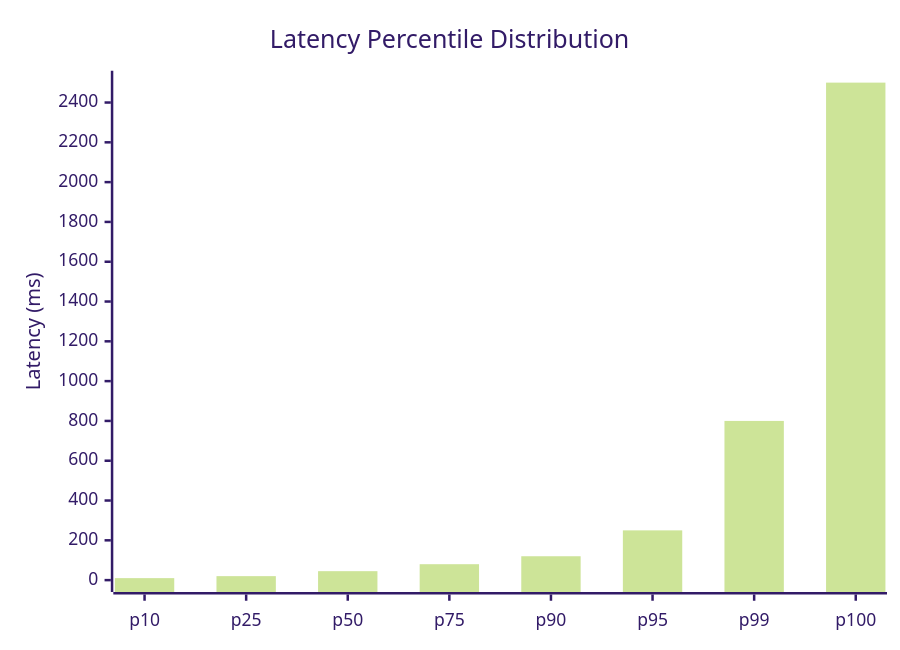
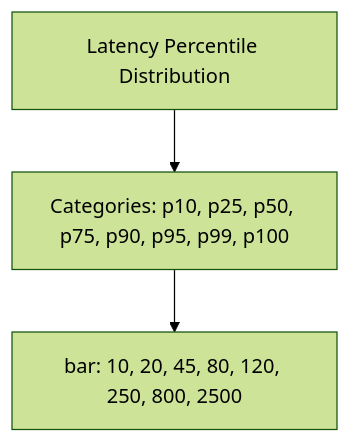
The second of 10 diagrams in 01-fundamentals/04-latency-vs-throughput.md (shivaram0583/system-design), drawn with Mermaid (forest theme) before and after one commit. The commit also changed other lines of this file and 64 other files, not shown here.

````diff
--- a/01-fundamentals/04-latency-vs-throughput.md
+++ b/01-fundamentals/04-latency-vs-throughput.md
@@ -109,7 +109,8 @@
 ```mermaid
-xychart-beta
-    title "Latency Percentile Distribution"
-    x-axis ["p10", "p25", "p50", "p75", "p90", "p95", "p99", "p100"]
-    y-axis "Latency (ms)" 0 --> 2500
-    bar [10, 20, 45, 80, 120, 250, 800, 2500]
+flowchart TB
+    T["Latency Percentile Distribution"]
+    C["Categories: p10, p25, p50, p75, p90, p95, p99, p100"]
+    T --> C
+    S0["bar: 10, 20, 45, 80, 120, 250, 800, 2500"]
+    C --> S0
 ```
````
